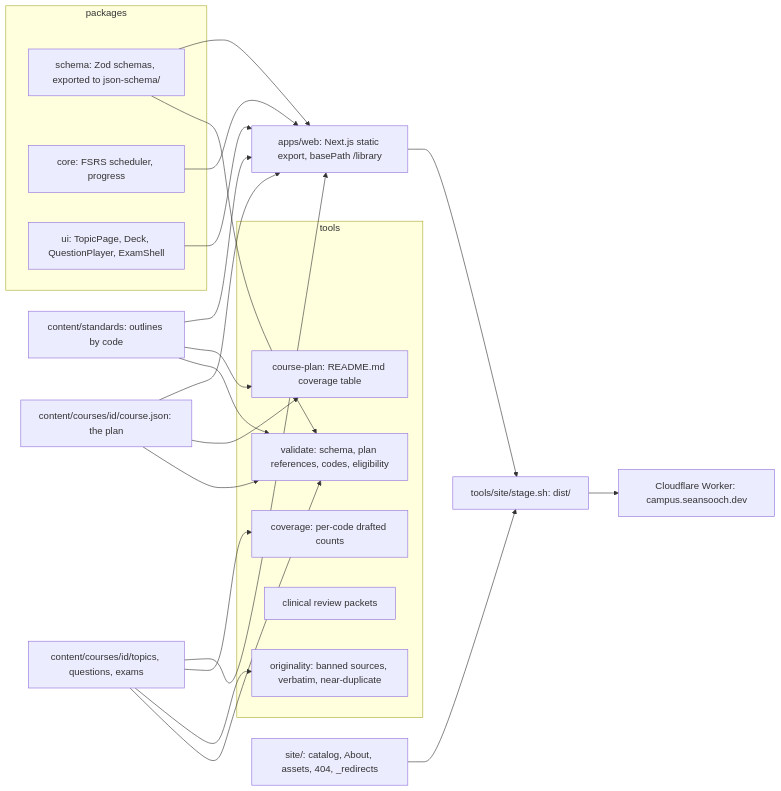
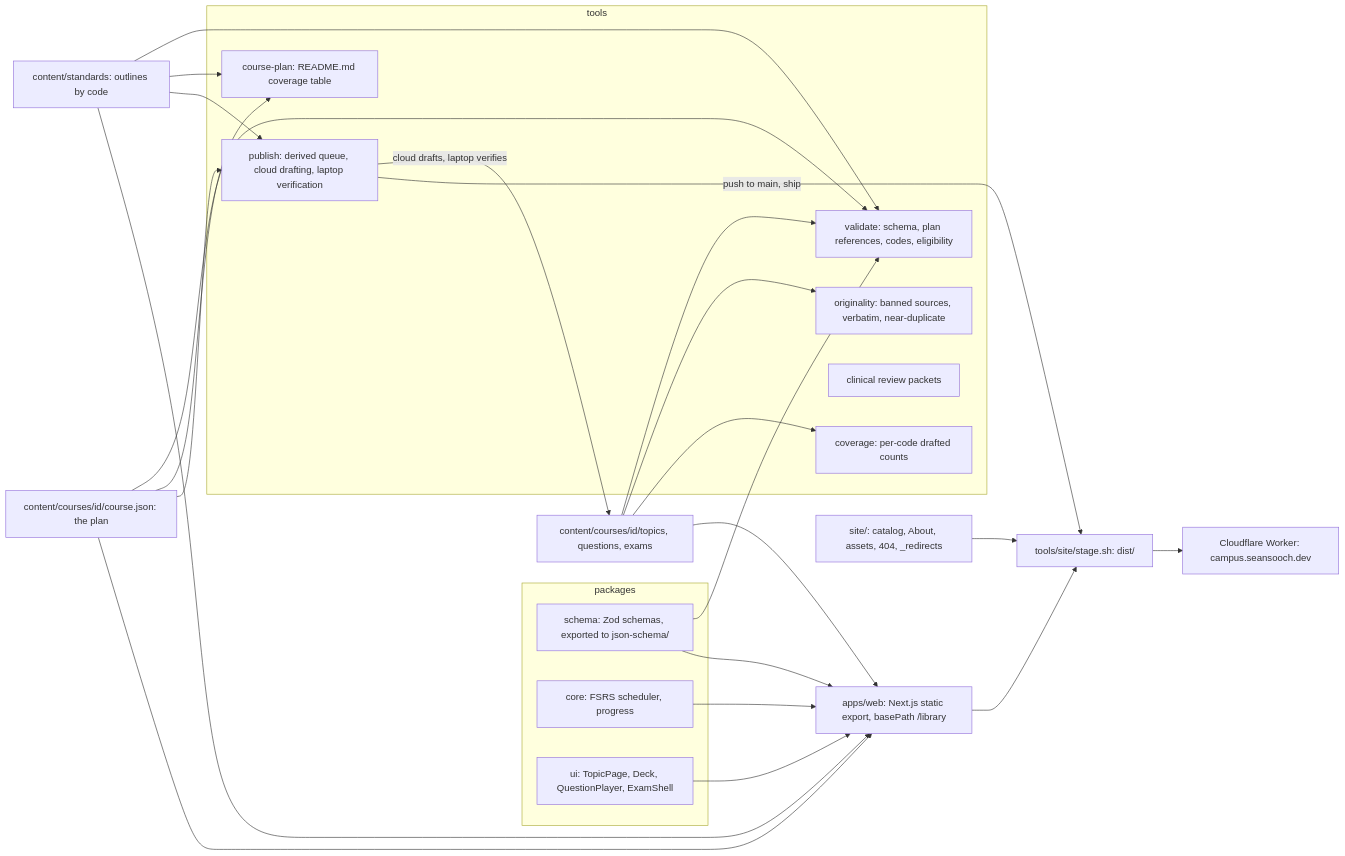
The first of 2 diagrams in ARCHITECTURE.md (seansooch-byte/open-campus), drawn with Mermaid before and after one commit. The commit also changed other lines of this file and 17 other files, not shown here.

First line of the commit message:
Publish pipeline: the cloud drafts, the laptop verifies with Codex and ships

````diff
--- a/ARCHITECTURE.md
+++ b/ARCHITECTURE.md
@@ -13,32 +13,37 @@
 ```mermaid
 flowchart LR
   subgraph packages
     SC[schema: Zod schemas, exported to json-schema/]
     CO[core: FSRS scheduler, progress]
     UI[ui: TopicPage, Deck, QuestionPlayer, ExamShell]
   end
   subgraph tools
     VA[validate: schema, plan references, codes, eligibility]
     OR[originality: banned sources, verbatim, near-duplicate]
     CV[coverage: per-code drafted counts]
     CL[clinical review packets]
     PLAN[course-plan: README.md coverage table]
+    PUB[publish: derived queue, cloud drafting, laptop verification]
   end
   STD[content/standards: outlines by code] --> VA
   COURSE[content/courses/id/course.json: the plan] --> VA
   DRAFT[content/courses/id/topics, questions, exams] --> VA
   DRAFT --> OR
   DRAFT --> CV
   COURSE --> PLAN
   STD --> PLAN
   SC --> VA
+  COURSE --> PUB
+  STD --> PUB
+  PUB -- cloud drafts, laptop verifies --> DRAFT
+  PUB -- push to main, ship --> STAGE
   SC --> WEB[apps/web: Next.js static export, basePath /library]
   STD --> WEB
   COURSE --> WEB
   DRAFT --> WEB
   CO --> WEB
   UI --> WEB
   WEB --> STAGE[tools/site/stage.sh: dist/]
   SITE[site/: catalog, About, assets, 404, _redirects] --> STAGE
   STAGE --> WORKER[Cloudflare Worker: campus.seansooch.dev]
 ```
````
